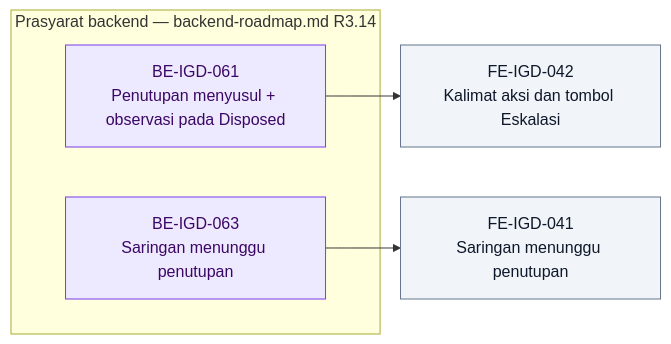
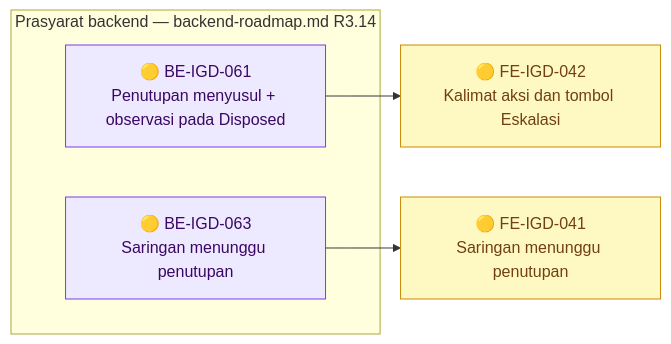
Before and after one commit to DevBenari/NewQuilvianSystemBackend: diagram 12 of 12 in docs/module-blueprints/igd/roadmap/frontend-roadmap.md, drawn with Mermaid. The commit also changed other lines of this file and 39 other files, not shown here.

````diff
--- a/docs/module-blueprints/igd/roadmap/frontend-roadmap.md
+++ b/docs/module-blueprints/igd/roadmap/frontend-roadmap.md
@@ -1609,19 +1609,19 @@
 ```mermaid
 flowchart LR
     classDef selesai fill:#DCFCE7,stroke:#16A34A,color:#14532D
     classDef sebagian fill:#FEF9C3,stroke:#CA8A04,color:#713F12
     classDef terblokir fill:#FEE2E2,stroke:#DC2626,color:#7F1D1D
     classDef belum fill:#F1F5F9,stroke:#64748B,color:#0F172A
     classDef luar fill:#EDE9FE,stroke:#7C3AED,color:#3B0764
 
     subgraph backend14["Prasyarat backend — backend-roadmap.md R3.14"]
-        BEIGD061X["BE-IGD-061<br/>Penutupan menyusul + observasi pada Disposed"]:::luar
-        BEIGD063X["BE-IGD-063<br/>Saringan menunggu penutupan"]:::luar
+        BEIGD061X["🟡 BE-IGD-061<br/>Penutupan menyusul + observasi pada Disposed"]:::luar
+        BEIGD063X["🟡 BE-IGD-063<br/>Saringan menunggu penutupan"]:::luar
     end
 
-    FEIGD041["FE-IGD-041<br/>Saringan menunggu penutupan"]:::belum
-    FEIGD042["FE-IGD-042<br/>Kalimat aksi dan tombol Eskalasi"]:::belum
+    FEIGD041["🟡 FE-IGD-041<br/>Saringan menunggu penutupan"]:::sebagian
+    FEIGD042["🟡 FE-IGD-042<br/>Kalimat aksi dan tombol Eskalasi"]:::sebagian
 
     BEIGD063X --> FEIGD041
     BEIGD061X --> FEIGD042
 ```
````
